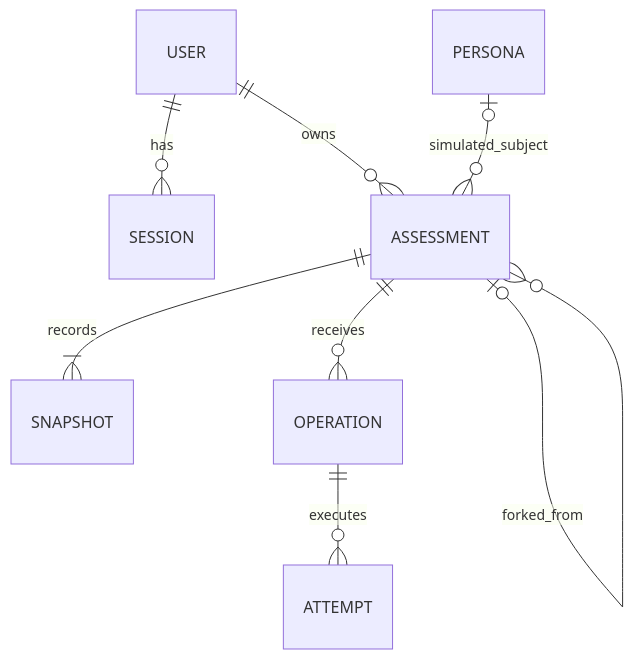
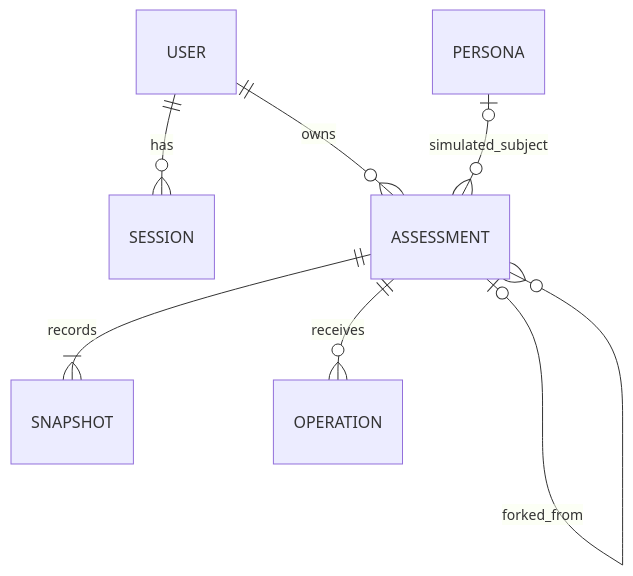
The diagram in docs/PERSISTENCE.md (transitive-bullshit/doom-or-bloom), drawn with Mermaid before and after one commit. The commit also changed other lines of this file and 6 other files, not shown here.

````diff
--- a/docs/PERSISTENCE.md
+++ b/docs/PERSISTENCE.md
@@ -56,10 +55,9 @@
 ```mermaid
 erDiagram
     USER ||--o{ SESSION : has
     USER ||--o{ ASSESSMENT : owns
     ASSESSMENT ||--|{ SNAPSHOT : records
     ASSESSMENT ||--o{ OPERATION : receives
-    OPERATION ||--o{ ATTEMPT : executes
     ASSESSMENT o|--o{ ASSESSMENT : forked_from
     PERSONA o|--o{ ASSESSMENT : simulated_subject
 ```
````
